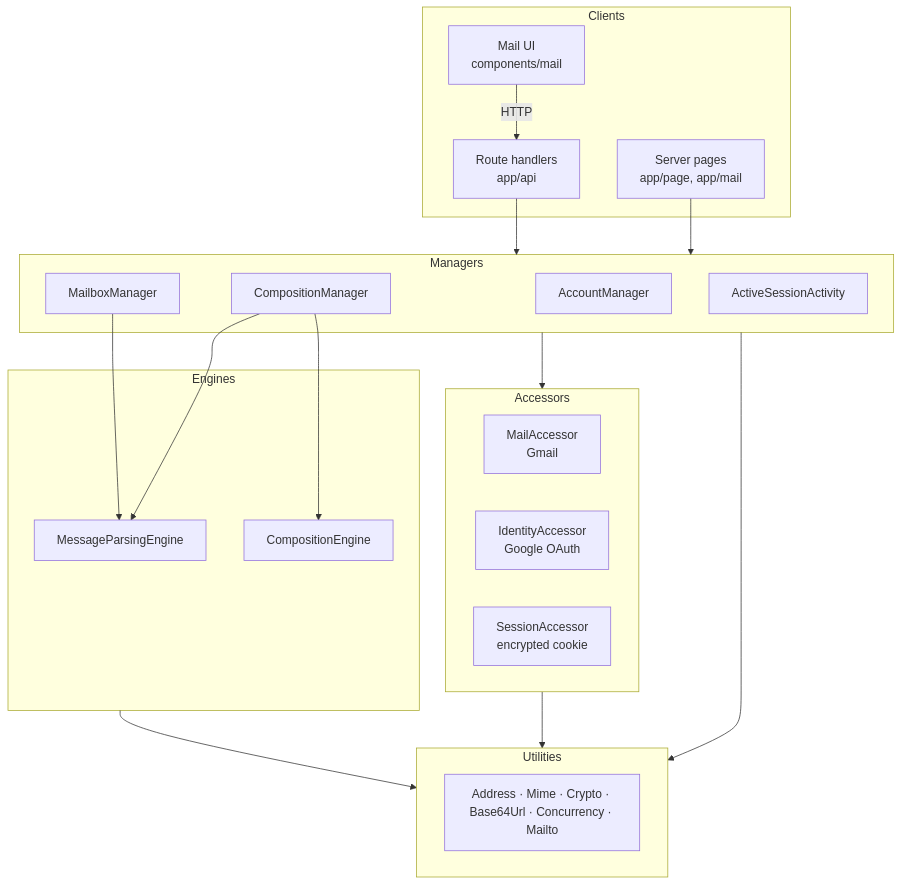
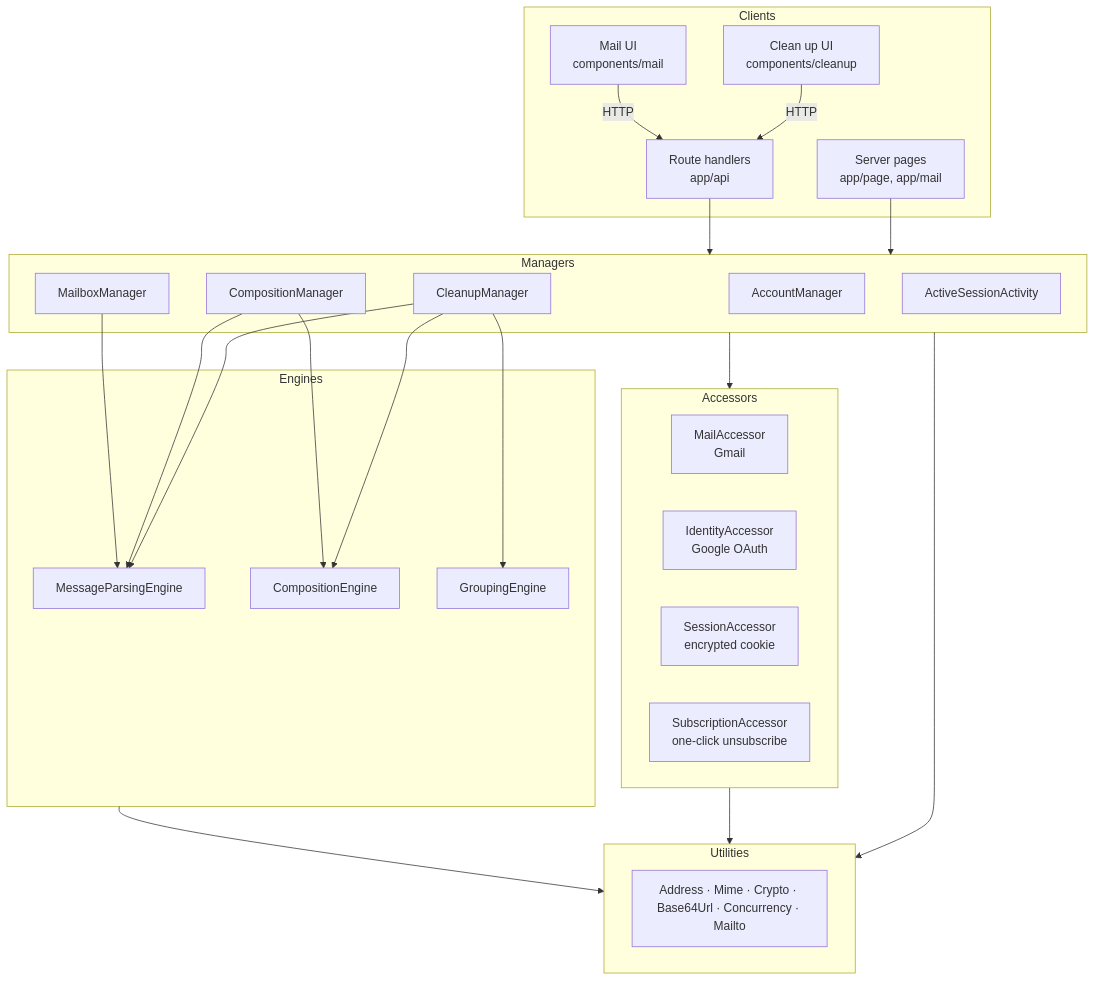
Before and after one commit to Benlarkin/RainSweep: the first of 4 diagrams in ARCHITECTURE.md, drawn with Mermaid. The commit also changed other lines of this file and 69 other files, not shown here.

First line of the commit message:
Add Clean up: group by sender, unsubscribe, groupings and insights

````diff
--- a/ARCHITECTURE.md
+++ b/ARCHITECTURE.md
@@ -45,41 +47,49 @@
 ```mermaid
 graph TD
     subgraph Clients
         UI[Mail UI<br/>components/mail]
+        CU[Clean up UI<br/>components/cleanup]
         RH[Route handlers<br/>app/api]
         SP[Server pages<br/>app/page, app/mail]
     end
 
     subgraph Managers
         AM[AccountManager]
         MM[MailboxManager]
         CM[CompositionManager]
+        CL[CleanupManager]
         AS[ActiveSessionActivity]
     end
 
     subgraph Engines
         MPE[MessageParsingEngine]
         CE[CompositionEngine]
+        GE[GroupingEngine]
     end
 
     subgraph Accessors
         MA[MailAccessor<br/>Gmail]
         IA[IdentityAccessor<br/>Google OAuth]
         SA[SessionAccessor<br/>encrypted cookie]
+        SU[SubscriptionAccessor<br/>one-click unsubscribe]
     end
 
     subgraph Utilities
         U[Address · Mime · Crypto · Base64Url · Concurrency · Mailto]
     end
 
     UI -- HTTP --> RH
+    CU -- HTTP --> RH
     RH --> Managers
     SP --> Managers
     MM --> MPE
     CM --> MPE
     CM --> CE
+    CL --> MPE
+    CL --> CE
+    CL --> GE
     Managers --> Accessors
     Engines --> Utilities
     Accessors --> Utilities
     Managers --> Utilities
 ```
````
